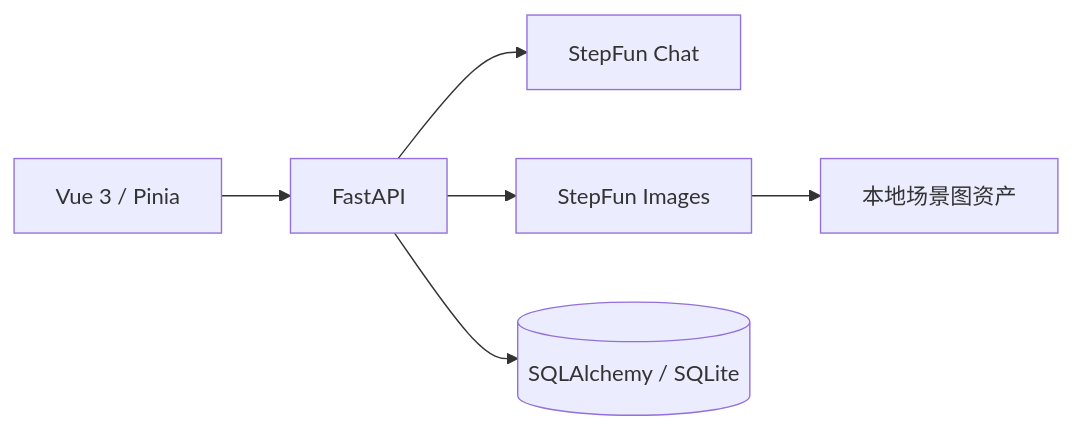
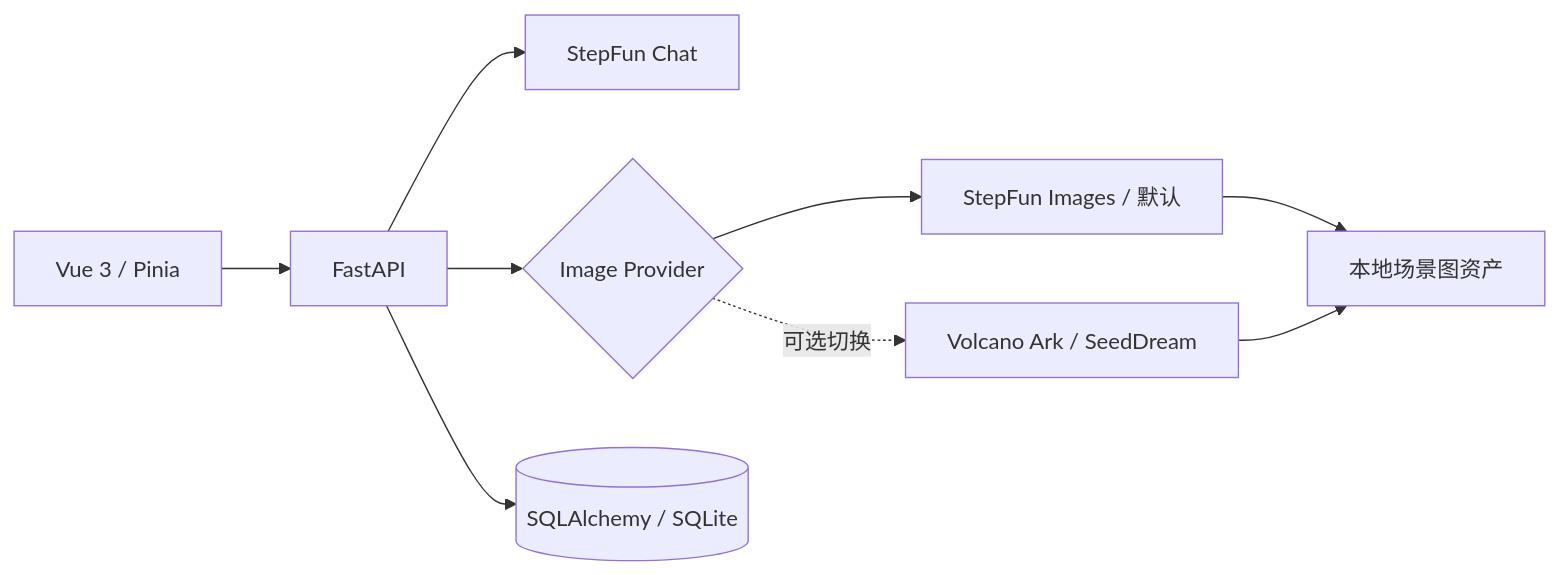
Before and after one commit to zzztk1/xunmeng-dream-agent: the diagram in README.md, drawn with Mermaid. The commit also changed other lines of this file and 14 other files, not shown here.

Commit message:
Add switchable Volcano image provider and real StepFun QA

````diff
--- a/README.md
+++ b/README.md
@@ -21,8 +21,11 @@
 ```mermaid
 flowchart LR
   UI[Vue 3 / Pinia] --> API[FastAPI]
   API --> CHAT[StepFun Chat]
-  API --> IMAGE[StepFun Images]
+  API --> PROVIDER{Image Provider}
+  PROVIDER --> IMAGE[StepFun Images / 默认]
+  PROVIDER -. 可选切换 .-> VOLCANO[Volcano Ark / SeedDream]
   API --> DB[(SQLAlchemy / SQLite)]
   IMAGE --> ASSETS[本地场景图资产]
+  VOLCANO --> ASSETS
 ```
````
